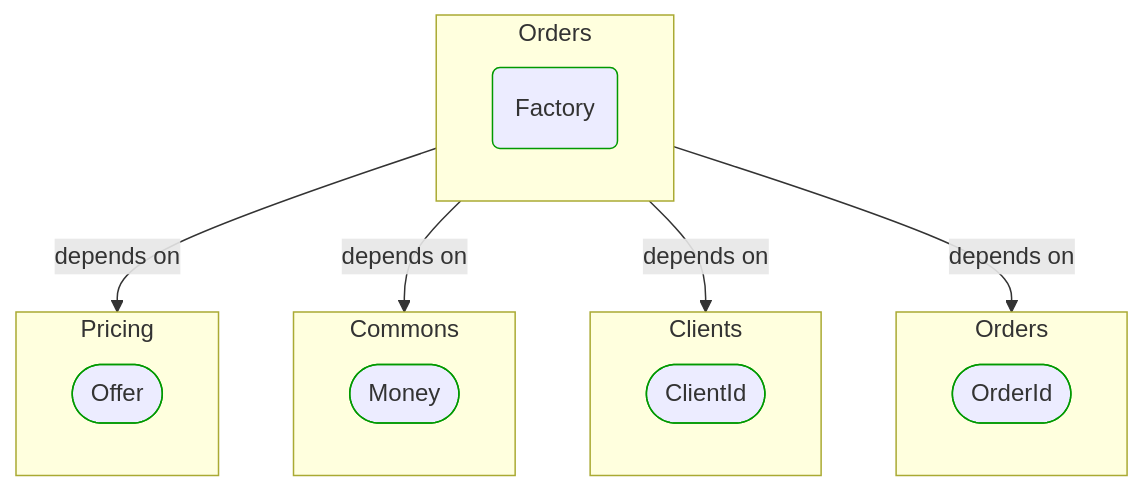
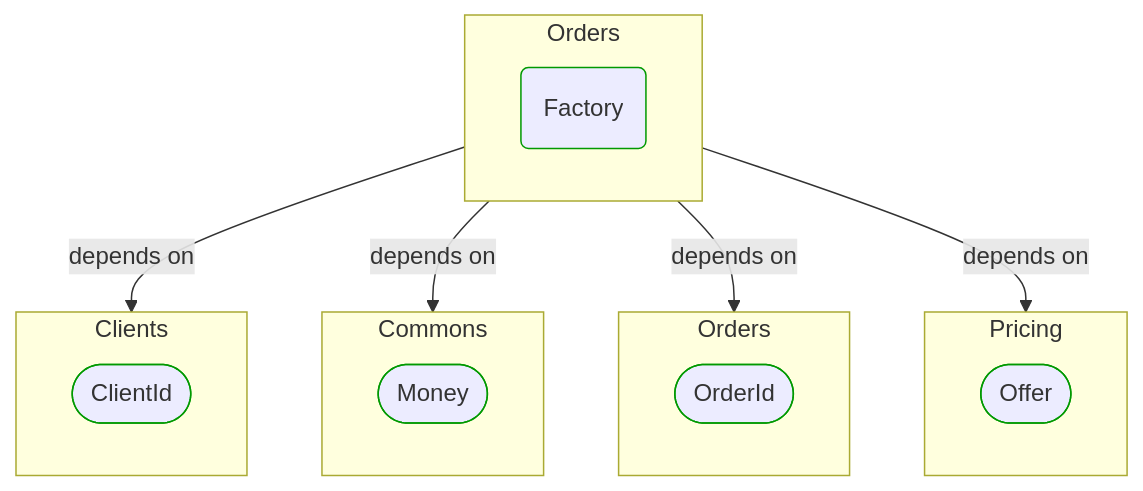
Before and after one commit to itlibrium/DDD-starter-dotnet: the first of 2 diagrams in Docs/P3/MermaidOutput/BuildingBlocks/Sales/Orders/Factory.md, drawn with Mermaid. The commit also changed 78 other files, not shown here.

````diff
--- a/Docs/P3/MermaidOutput/BuildingBlocks/Sales/Orders/Factory.md
+++ b/Docs/P3/MermaidOutput/BuildingBlocks/Sales/Orders/Factory.md
@@ -18,30 +18,30 @@
 ```mermaid
   flowchart TB
     subgraph 0["Orders"]
       1(Factory)
       class 1 DomainPerspective
     end
-    subgraph 2["Pricing"]
-      3([Offer])
+    subgraph 2["Clients"]
+      3([ClientId])
       class 3 DomainPerspective
     end
     subgraph 4["Commons"]
       5([Money])
       class 5 DomainPerspective
     end
-    subgraph 6["Clients"]
-      7([ClientId])
+    subgraph 6["Orders"]
+      7([OrderId])
       class 7 DomainPerspective
     end
-    subgraph 8["Orders"]
-      9([OrderId])
+    subgraph 8["Pricing"]
+      9([Offer])
       class 9 DomainPerspective
     end
     0-->|depends on|2
     0-->|depends on|4
     0-->|depends on|6
     0-->|depends on|8
     classDef DomainPerspective stroke:#009900
     classDef TechnologyPerspective stroke:#1F41EB
     classDef PeoplePerspective stroke:#FFF014
 ```
````
